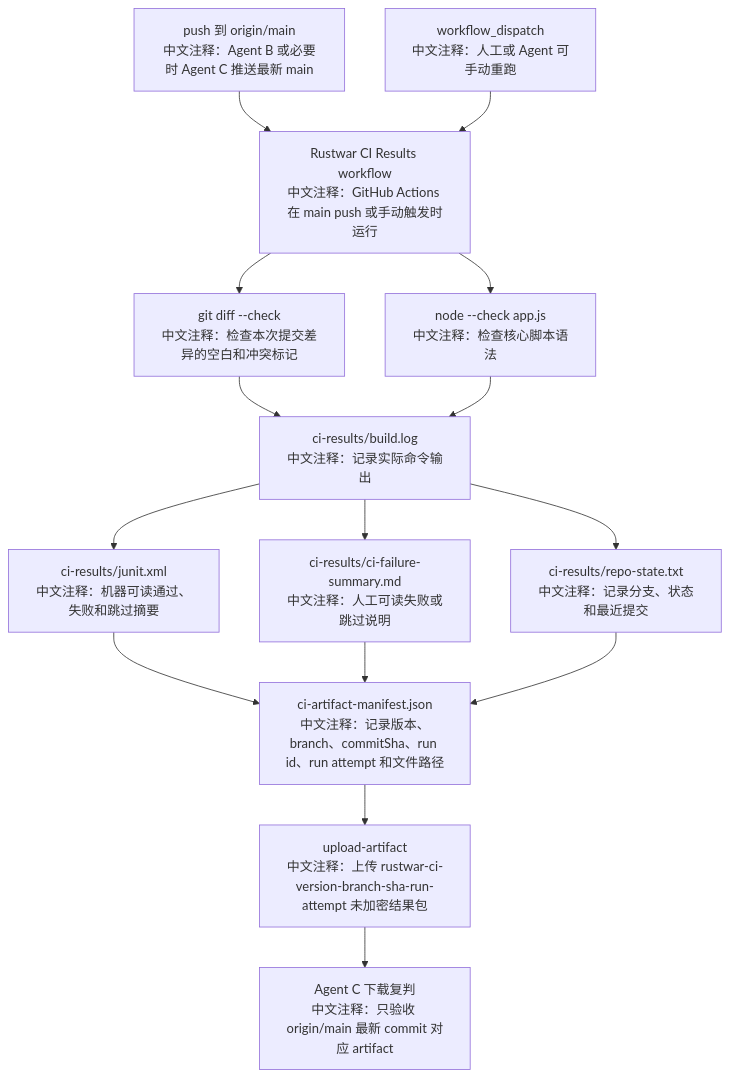
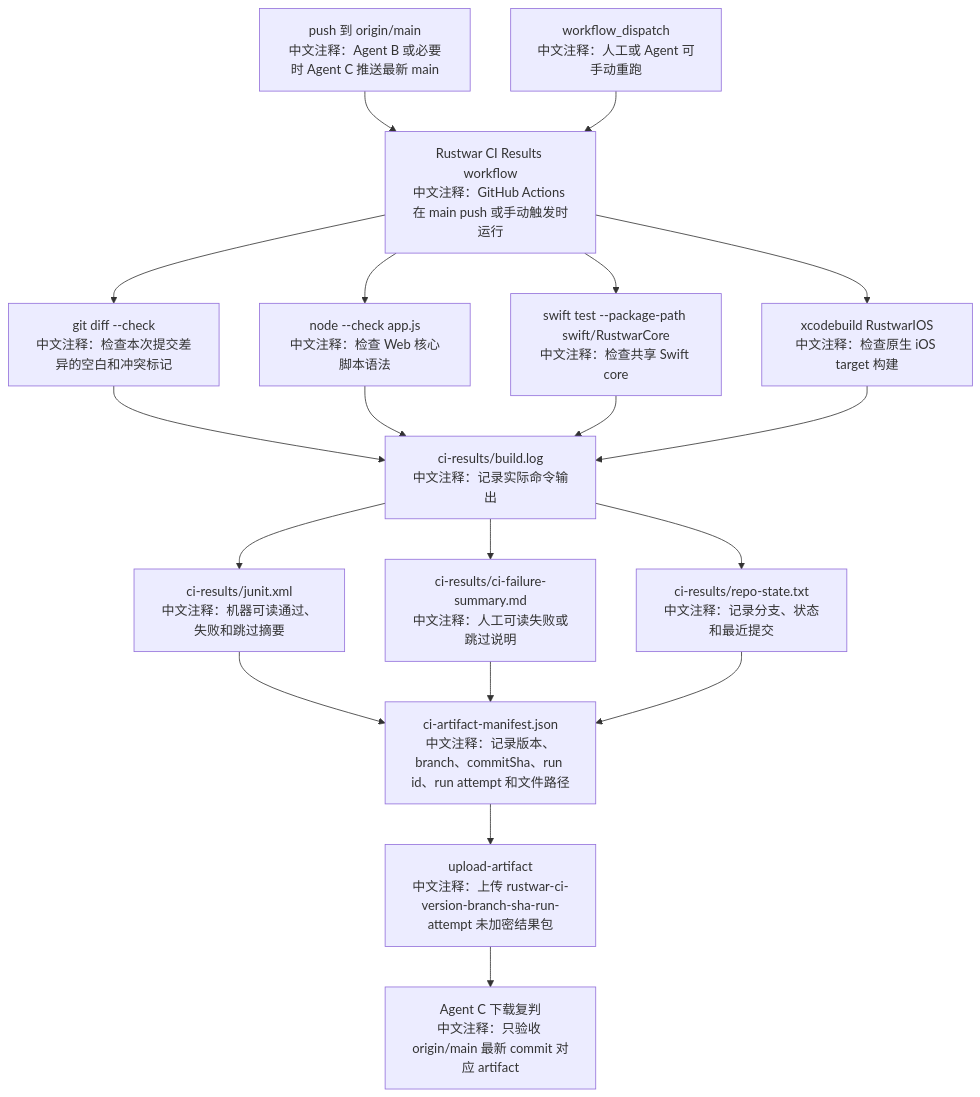
One commit to Altman-sam114/120 changed the fifth of 5 diagrams in md/flow/flowchart.md. Above: the diagram before and after it, drawn with Mermaid. The commit also changed other lines of this file and 47 other files, not shown here.

````diff
--- a/md/flow/flowchart.md
+++ b/md/flow/flowchart.md
@@ -76,17 +93,21 @@
 ```mermaid
 flowchart TD
   P["push 到 origin/main<br/>中文注释：Agent B 或必要时 Agent C 推送最新 main"] --> W["Rustwar CI Results workflow<br/>中文注释：GitHub Actions 在 main push 或手动触发时运行"]
   M["workflow_dispatch<br/>中文注释：人工或 Agent 可手动重跑"] --> W
   W --> D["git diff --check<br/>中文注释：检查本次提交差异的空白和冲突标记"]
-  W --> N["node --check app.js<br/>中文注释：检查核心脚本语法"]
+  W --> N["node --check app.js<br/>中文注释：检查 Web 核心脚本语法"]
+  W --> SW["swift test --package-path swift/RustwarCore<br/>中文注释：检查共享 Swift core"]
+  W --> XB["xcodebuild RustwarIOS<br/>中文注释：检查原生 iOS target 构建"]
   D --> L["ci-results/build.log<br/>中文注释：记录实际命令输出"]
   N --> L
+  SW --> L
+  XB --> L
   L --> J["ci-results/junit.xml<br/>中文注释：机器可读通过、失败和跳过摘要"]
   L --> F["ci-results/ci-failure-summary.md<br/>中文注释：人工可读失败或跳过说明"]
   L --> S["ci-results/repo-state.txt<br/>中文注释：记录分支、状态和最近提交"]
   J --> A["ci-artifact-manifest.json<br/>中文注释：记录版本、branch、commitSha、run id、run attempt 和文件路径"]
   F --> A
   S --> A
   A --> U["upload-artifact<br/>中文注释：上传 rustwar-ci-version-branch-sha-run-attempt 未加密结果包"]
   U --> C["Agent C 下载复判<br/>中文注释：只验收 origin/main 最新 commit 对应 artifact"]
 ```
````
